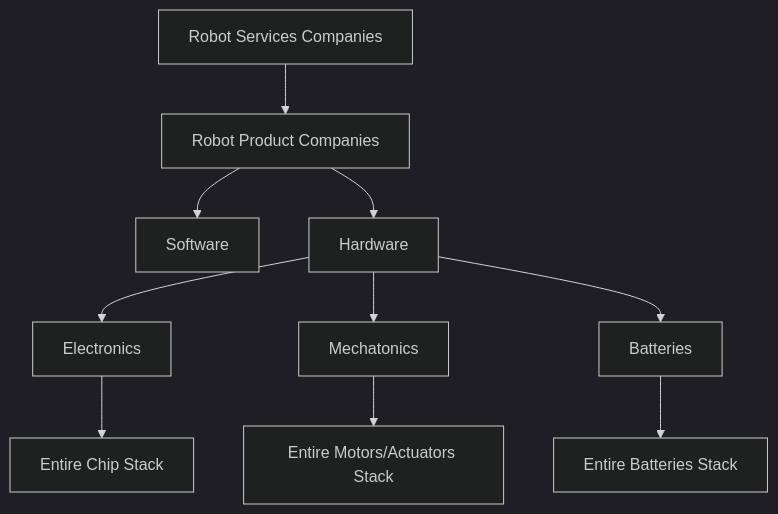
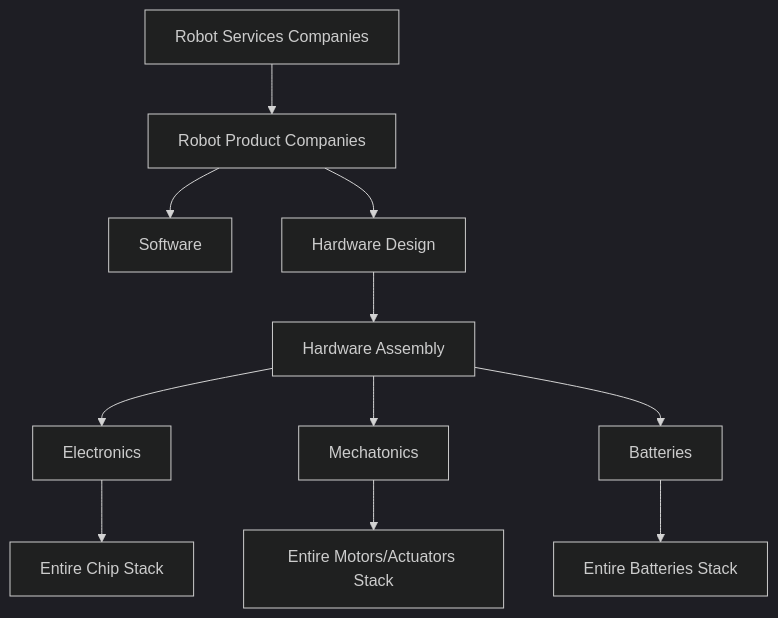
One commit to ishandutta2007/Physical-AI-Research-Report changed the first of 30 diagrams in README.md. Above: the diagram before and after it, drawn with Mermaid (dark theme).

Commit message:
stack_modified

````diff
--- a/README.md
+++ b/README.md
@@ -52,12 +52,13 @@
 ```mermaid
 flowchart TD
     A[Robot Services Companies] --> B[Robot Product Companies]
     B --> C[Software]
-    B --> D[Hardware]
-    D --> E[Electronics]
-    D --> F[Mechatonics]
-    D --> G[Batteries]
+    B --> D[Hardware Design]
+    D --> D2[Hardware Assembly]
+    D2 --> E[Electronics]
+    D2 --> F[Mechatonics]
+    D2 --> G[Batteries]
     E --> H[Entire Chip Stack]
     F --> I[Entire Motors/Actuators Stack]
     G --> J[Entire Batteries Stack]
 ```
````
